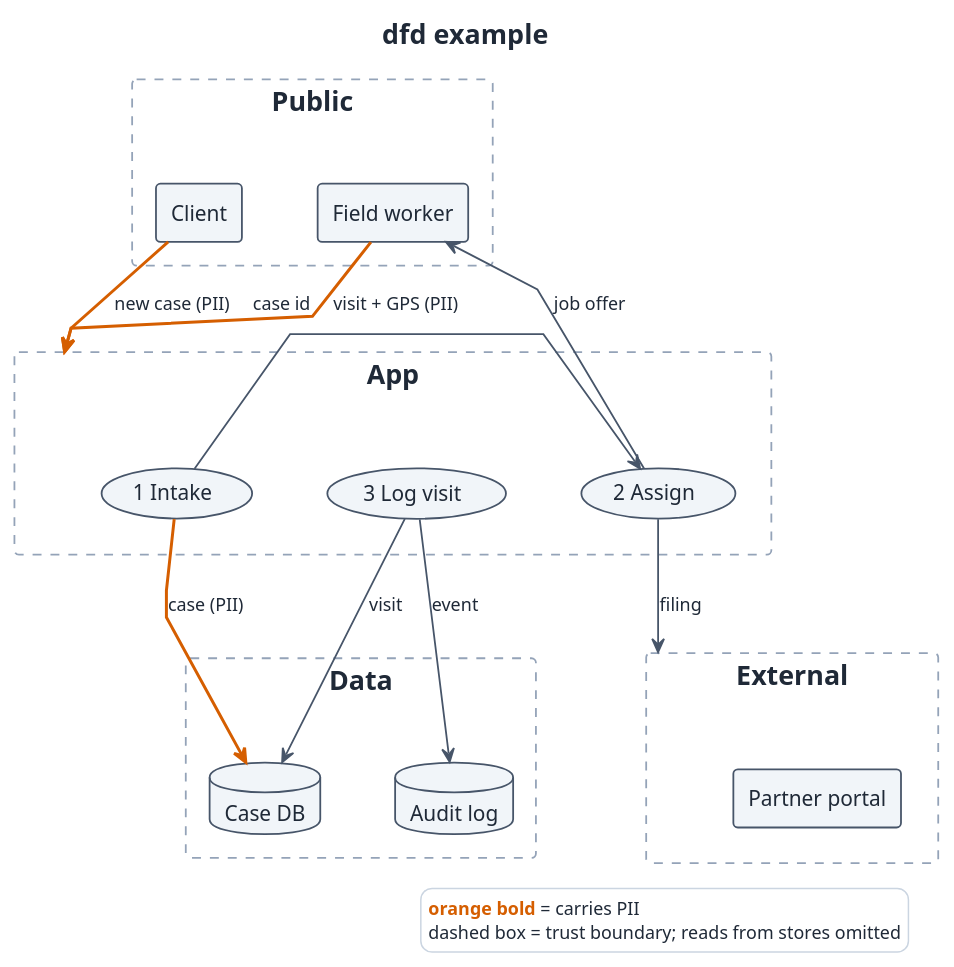
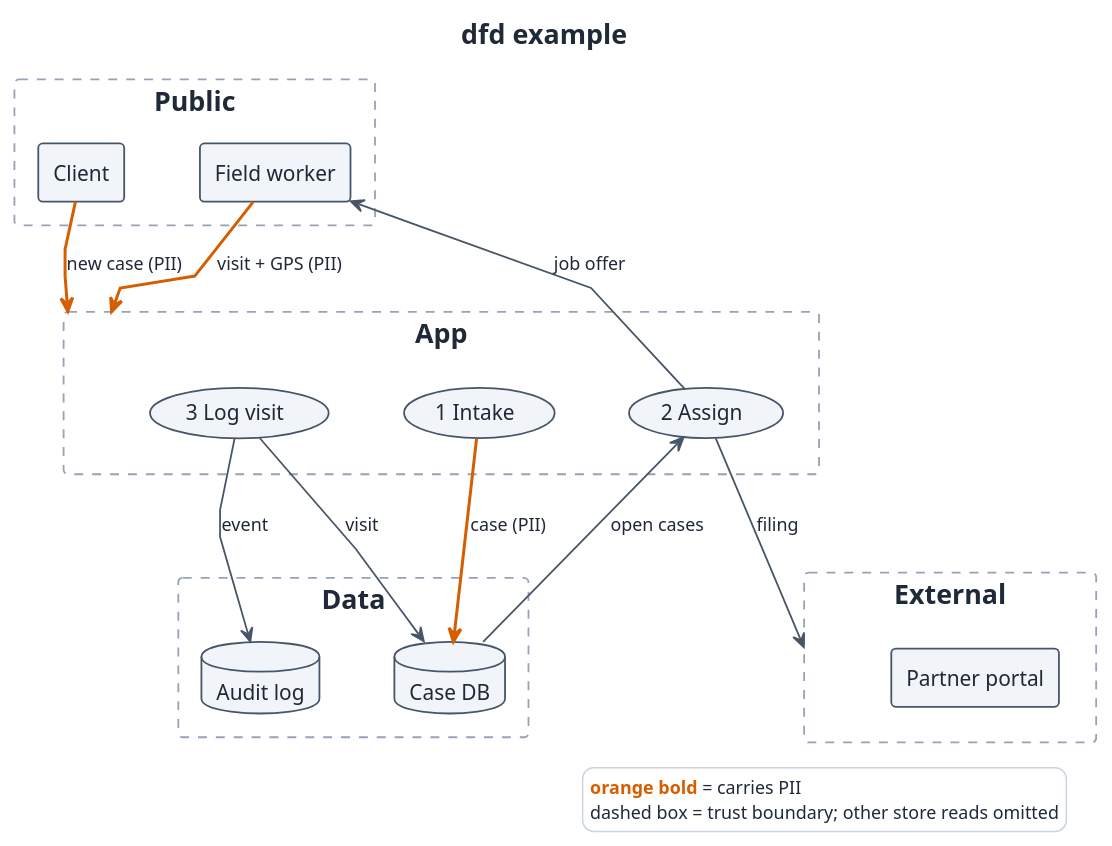
One commit to gregodouglas/plantuml-diagrams-skill changed the diagram in skills/plantuml-diagrams/assets/templates/dfd.puml. Above: the diagram before and after it, drawn with PlantUML. The commit also changed 6 other files, not shown here.

First line of the commit message:
dfd template: fit 16:9 on Graphviz 2.4x as well as 15.x (#17)

```diff
--- a/skills/plantuml-diagrams/assets/templates/dfd.puml
+++ b/skills/plantuml-diagrams/assets/templates/dfd.puml
@@ -1,72 +1,74 @@
 @startuml
 ' ---- house style (slide) ----
 skinparam shadowing false
 skinparam defaultFontName Helvetica
 skinparam maxMessageSize 180
 skinparam wrapWidth 180
 <style>
 root {
   FontName Helvetica
   FontSize 14
   FontColor #1F2937
 }
 element { BackgroundColor #F1F5F9; LineColor #475569; LineThickness 1.2; RoundCorner 6 }
 arrow   { LineColor #475569; LineThickness 1.2; FontSize 12; MaximumWidth 180 }
 note    { BackgroundColor #FFF7E0; LineColor #B45309; FontSize 12; MaximumWidth 220 }
 title   { FontSize 18; FontStyle bold }
 caption { FontSize 12; FontColor #64748B }
 legend  { FontSize 12; BackgroundColor white; LineColor #CBD5E1; MaximumWidth 320 }
 .accent { BackgroundColor #1D4ED8; FontColor white; LineColor #1E3A8A }
 .alert  { BackgroundColor #FEE2E2; FontColor #7F1D1D; LineColor #B91C1C }
 .muted  { BackgroundColor #F8FAFC; FontColor #64748B; LineColor #CBD5E1 }
 .boundary { BackgroundColor transparent; LineColor #94A3B8; LineStyle 6; LineThickness 1.2 }
 </style>
 hide stereotype
 ' ---- layout (Graphviz dot) ----
 skinparam linetype polyline
 skinparam nodesep 50
 skinparam ranksep 60
 top to bottom direction
 
 ' ---- body ----
 title dfd example
 ' DFD notation: process = usecase (ellipse), external entity = rectangle, data store = database,
 ' trust boundary = rectangle <<boundary>> (dashed, from the style block); PII flows -[#D55E00,bold]-> and say (PII).
 ' DFD recipe: number processes (0, 1, 1.1); draw WRITES to stores and say "reads omitted" in the legend
 ' when read-backs would loop around the diagram. Rows by zone, top-to-bottom (Public / App / Data+Third party);
 ' write upward flows with a flipped arrowhead (server <-- p2) so the rows hold. Keep one level per diagram:
 ' level 0 (context) then one level-1 per process. Boundaries stay top-to-bottom even for slides (direction="tb").
+' Hand-offs between processes in one zone: draw them through the store (p2 <-- db), not as a same-rank p1 -> p2;
+' Graphviz can put another process between the two, and the flow then loops over the zone title.
 
 rectangle "Public" as z_pub <<boundary>> {
   rectangle "Client" as client
   rectangle "Field worker" as server
 }
 rectangle "App" as z_app <<boundary>> {
   usecase "1 Intake" as p1
   usecase "2 Assign" as p2
   usecase "3 Log visit" as p3
 }
 rectangle "Data" as z_data <<boundary>> {
   database "Audit log" as audit
   database "Case DB" as db
 }
 rectangle "External" as z_ext <<boundary>> {
   rectangle "Partner portal" as court
 }
 
-' Flows that cross a boundary target the ZONE (z_app, z_ext); flows inside a zone target the node.
+' Flows from outside into App or External target the ZONE (z_app, z_ext); flows to and from a store target the store.
 ' Short zone titles + zone-level links are what keeps edges off the titles (measured: 3 crossings -> 0).
 client -[#D55E00,bold]-> z_app : new case (PII)
 server -[#D55E00,bold]-> z_app : visit + GPS (PII)
-p1 -> p2 : case id
+p2 <-- db : open cases
 server <-- p2 : job offer
 p1 -[#D55E00,bold]-> db : case (PII)
 p3 --> db : visit
 p3 --> audit : event
 p2 --> z_ext : filing
 
 legend right
   <color:#D55E00><b>orange bold</b></color> = carries PII
-  dashed box = trust boundary; reads from stores omitted
+  dashed box = trust boundary; other store reads omitted
 endlegend
 @enduml
```
